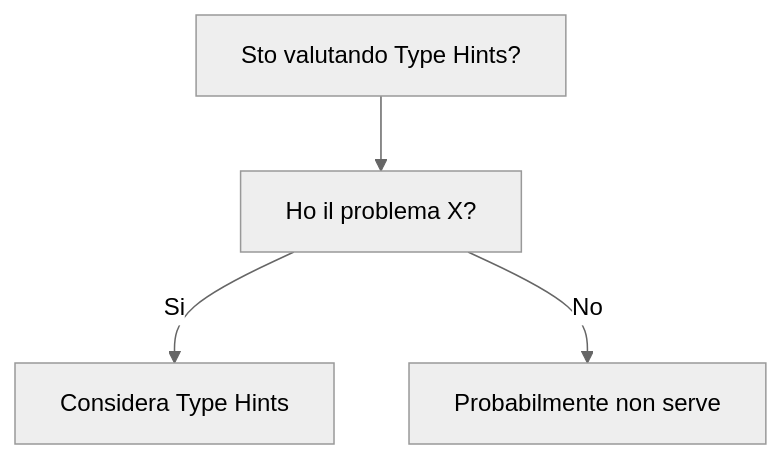
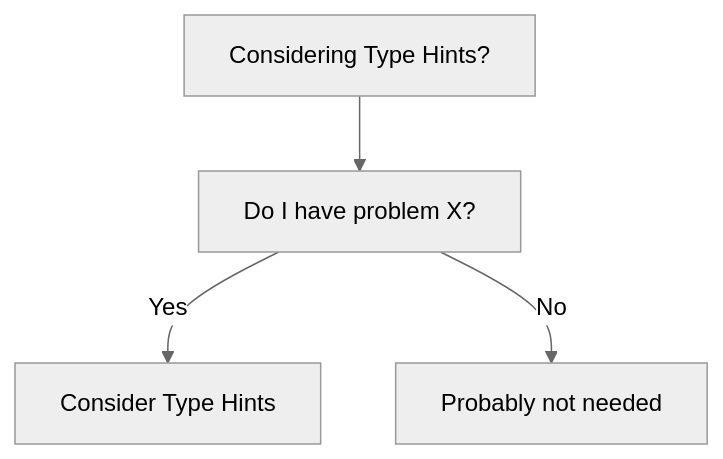
Before and after one commit to HxT9/Software-Dev-Wiki: the diagram in dev-wiki/14_Languages/Python/Type_Hints/When_To_Use.md, drawn with Mermaid (neutral theme). The commit also changed other lines of this file and 3444 other files, not shown here.

````diff
--- a/dev-wiki/14_Languages/Python/Type_Hints/When_To_Use.md
+++ b/dev-wiki/14_Languages/Python/Type_Hints/When_To_Use.md
@@ -19,6 +19,6 @@
 ```mermaid
 flowchart TD
-  Q[Sto valutando Type Hints?] --> Q1[Ho il problema X?]
-  Q1 -->|Si| OK[Considera Type Hints]
-  Q1 -->|No| NO[Probabilmente non serve]
+  Q[Considering Type Hints?] --> Q1[Do I have problem X?]
+  Q1 -->|Yes| OK[Consider Type Hints]
+  Q1 -->|No| NO[Probably not needed]
 ```
````
